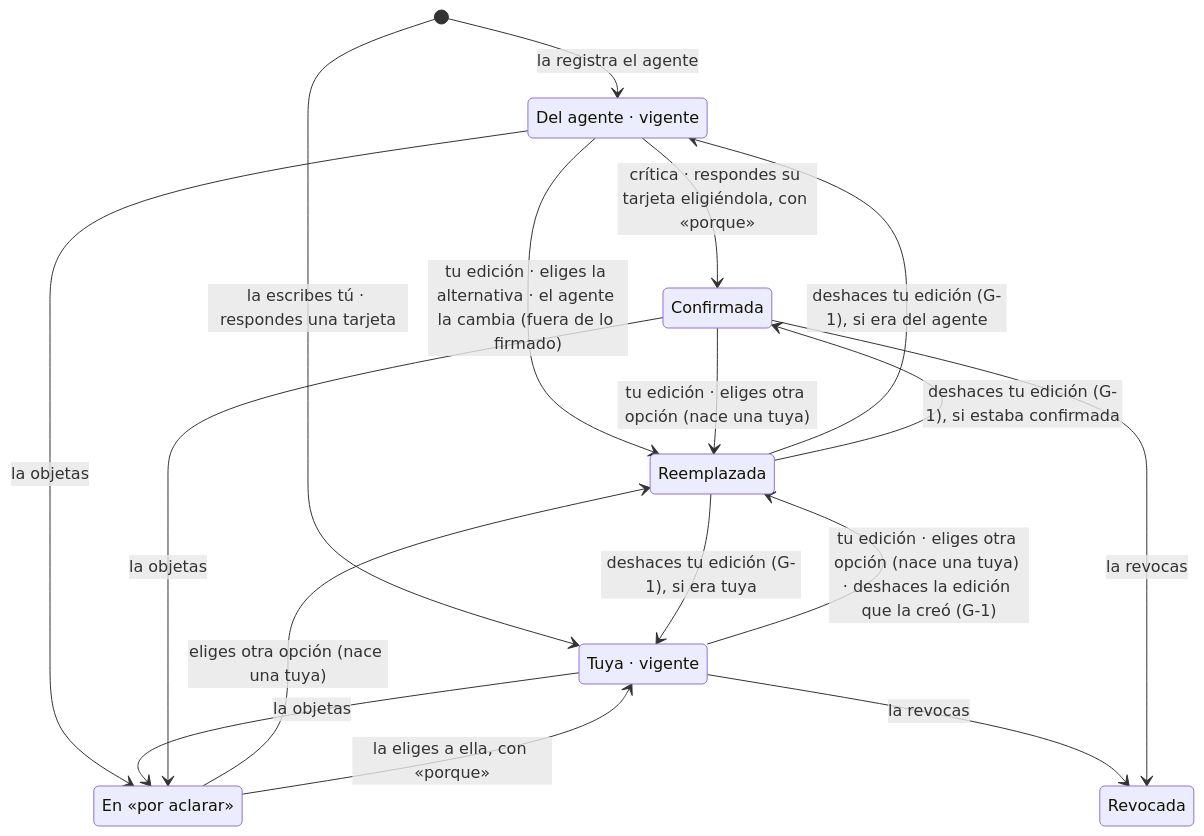
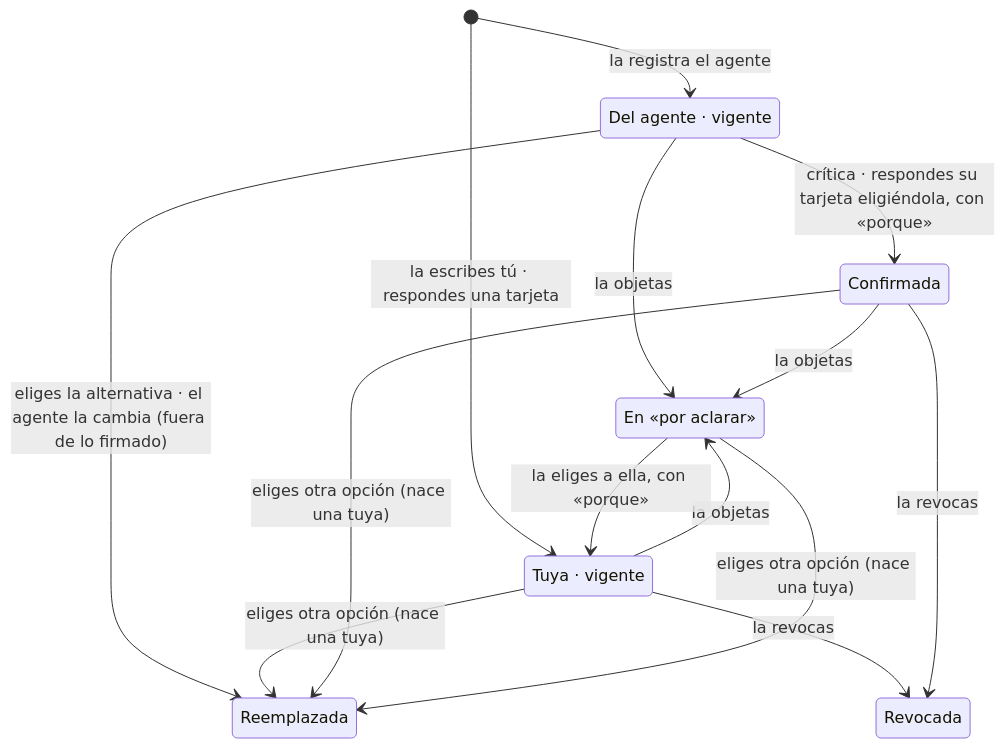
One commit to LaurenteEber/tupaqnin changed the second of 2 diagrams in docs/diseno/bloque-1/bloque-1-estados.md. Above: the diagram before and after it, drawn with Mermaid. The commit also changed other lines of this file and 17 other files, not shown here.

````diff
--- a/docs/diseno/bloque-1/bloque-1-estados.md
+++ b/docs/diseno/bloque-1/bloque-1-estados.md
@@ -47,23 +47,20 @@
 ```mermaid
 stateDiagram-v2
   direction TB
   [*] --> DelAgente: la registra el agente
   [*] --> Tuya: la escribes tú · respondes una tarjeta
   DelAgente --> Confirmada: crítica · respondes su tarjeta eligiéndola, con «porque»
-  DelAgente --> Reemplazada: tu edición · eliges la alternativa · el agente la cambia (fuera de lo firmado)
-  Tuya --> Reemplazada: tu edición · eliges otra opción (nace una tuya) · deshaces la edición que la creó (G-1)
-  Confirmada --> Reemplazada: tu edición · eliges otra opción (nace una tuya)
+  DelAgente --> Reemplazada: eliges la alternativa · el agente la cambia (fuera de lo firmado)
+  Tuya --> Reemplazada: eliges otra opción (nace una tuya)
+  Confirmada --> Reemplazada: eliges otra opción (nace una tuya)
   PorAclarar --> Reemplazada: eliges otra opción (nace una tuya)
   DelAgente --> PorAclarar: la objetas
   Tuya --> PorAclarar: la objetas
   Confirmada --> PorAclarar: la objetas
-  Reemplazada --> DelAgente: deshaces tu edición (G-1), si era del agente
-  Reemplazada --> Tuya: deshaces tu edición (G-1), si era tuya
-  Reemplazada --> Confirmada: deshaces tu edición (G-1), si estaba confirmada
   PorAclarar --> Tuya: la eliges a ella, con «porque»
   Tuya --> Revocada: la revocas
   Confirmada --> Revocada: la revocas
   state "Del agente · vigente" as DelAgente
   state "Tuya · vigente" as Tuya
   state "En «por aclarar»" as PorAclarar
 ```
````
